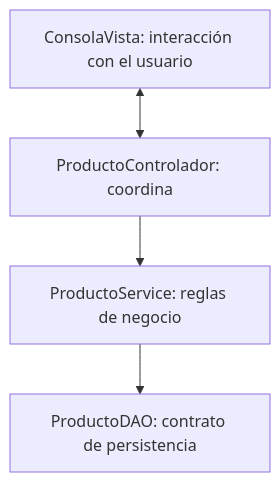
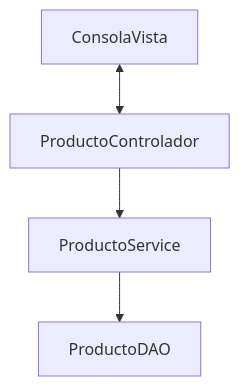
Before and after one commit to rlrprofe/AD-2627: the diagram in docs/ut3/03-arquitectura-dao.md, drawn with Mermaid. The commit also changed other lines of this file, not shown here.

Commit message:
Corregir diagrama de arquitectura UT3

````diff
--- a/docs/ut3/03-arquitectura-dao.md
+++ b/docs/ut3/03-arquitectura-dao.md
@@ -21,10 +22,11 @@
 ```mermaid
 flowchart TB
-    vista["ConsolaVista: interacción con el usuario"]
-    controlador["ProductoControlador: coordina"]
-    servicio["ProductoService: reglas de negocio"]
-    dao["ProductoDAO: contrato de persistencia"]
+    vista["ConsolaVista"]
+    controlador["ProductoControlador"]
+    servicio["ProductoService"]
+    dao["ProductoDAO"]
+
     vista <--> controlador
     controlador --> servicio
     servicio --> dao
 ```
````
